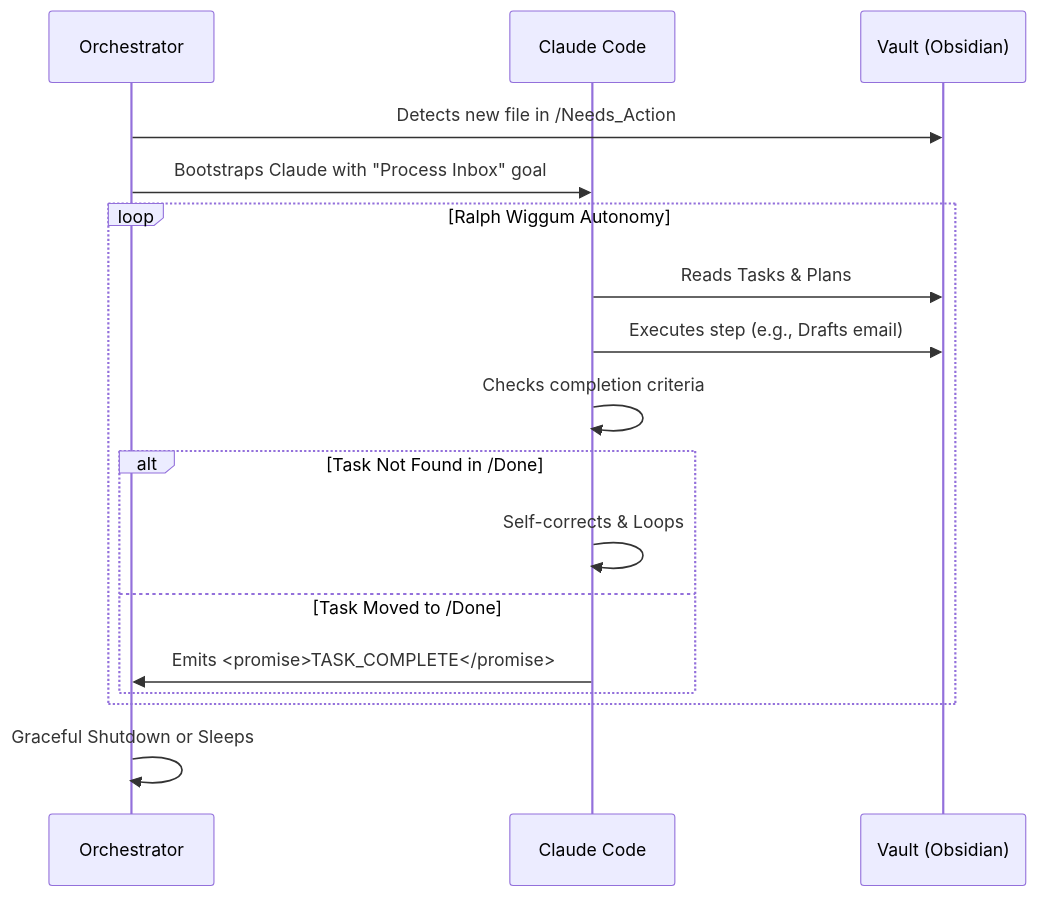
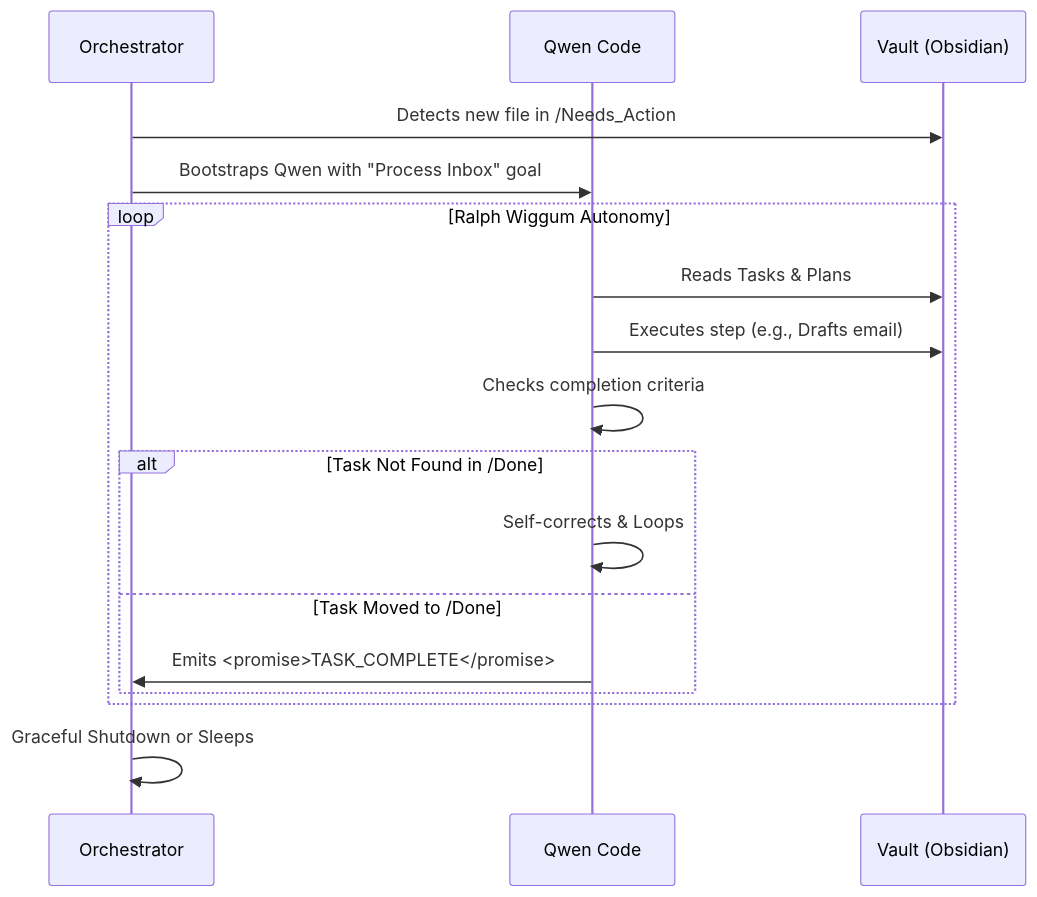
Before and after one commit to AbdulSamad94/Personal-AI-Employee: the fourth of 4 diagrams in README.md, drawn with Mermaid. The commit also changed other lines of this file and 19 other files, not shown here.

````diff
--- a/README.md
+++ b/README.md
@@ -206,20 +206,20 @@
 ```mermaid
 sequenceDiagram
     participant O as Orchestrator
-    participant C as Claude Code
+    participant Q as Qwen Code
     participant V as Vault (Obsidian)
     
     O->>V: Detects new file in /Needs_Action
-    O->>C: Bootstraps Claude with "Process Inbox" goal
+    O->>Q: Bootstraps Qwen with "Process Inbox" goal
     loop Ralph Wiggum Autonomy
-        C->>V: Reads Tasks & Plans
-        C->>V: Executes step (e.g., Drafts email)
-        C->>C: Checks completion criteria
+        Q->>V: Reads Tasks & Plans
+        Q->>V: Executes step (e.g., Drafts email)
+        Q->>Q: Checks completion criteria
         alt Task Not Found in /Done
-            C->>C: Self-corrects & Loops
+            Q->>Q: Self-corrects & Loops
         else Task Moved to /Done
-            C->>O: Emits <promise>TASK_COMPLETE</promise>
+            Q->>O: Emits <promise>TASK_COMPLETE</promise>
         end
     end
     O->>O: Graceful Shutdown or Sleeps
 ```
````
